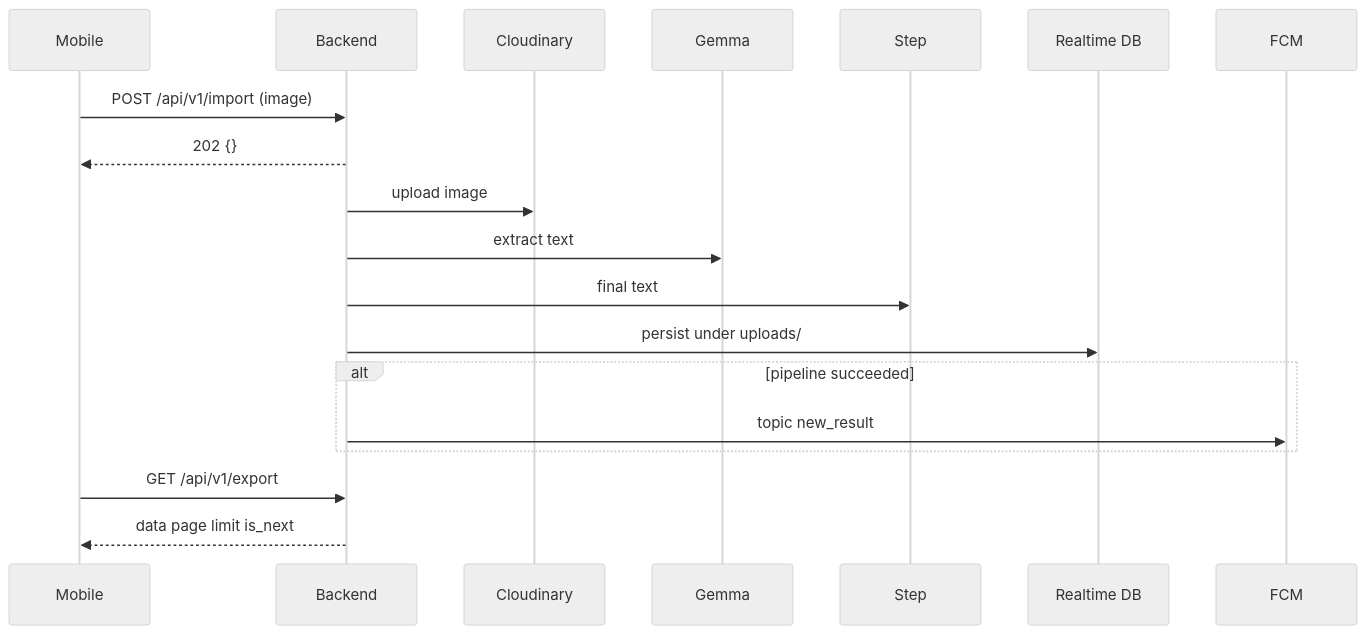
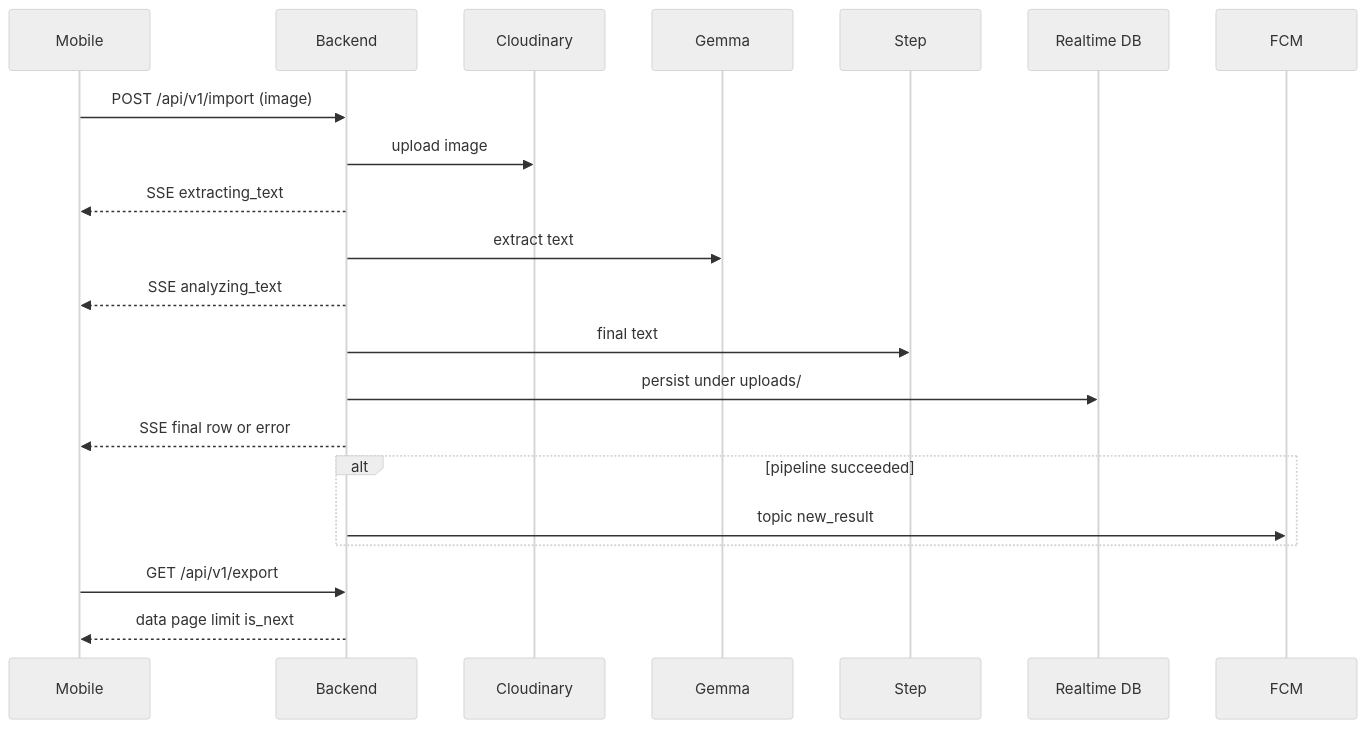
One commit to lowjungxuandev/GRIM changed the diagram in docs/workflow.md. Above: the diagram before and after it, drawn with Mermaid (neutral theme). The commit also changed other lines of this file and 14 other files, not shown here.

````diff
--- a/docs/workflow.md
+++ b/docs/workflow.md
@@ -14,21 +14,23 @@
 ```mermaid
 sequenceDiagram
   participant M as Mobile
   participant B as Backend
   participant C as Cloudinary
   participant G as Gemma
   participant S as Step
   participant R as Realtime DB
   participant F as FCM
   M->>B: POST /api/v1/import (image)
-  B-->>M: 202 {}
   B->>C: upload image
+  B-->>M: SSE extracting_text
   B->>G: extract text
+  B-->>M: SSE analyzing_text
   B->>S: final text
   B->>R: persist under uploads/
+  B-->>M: SSE final row or error
   alt pipeline succeeded
     B->>F: topic new_result
   end
   M->>B: GET /api/v1/export
   B-->>M: data page limit is_next
 ```
````
